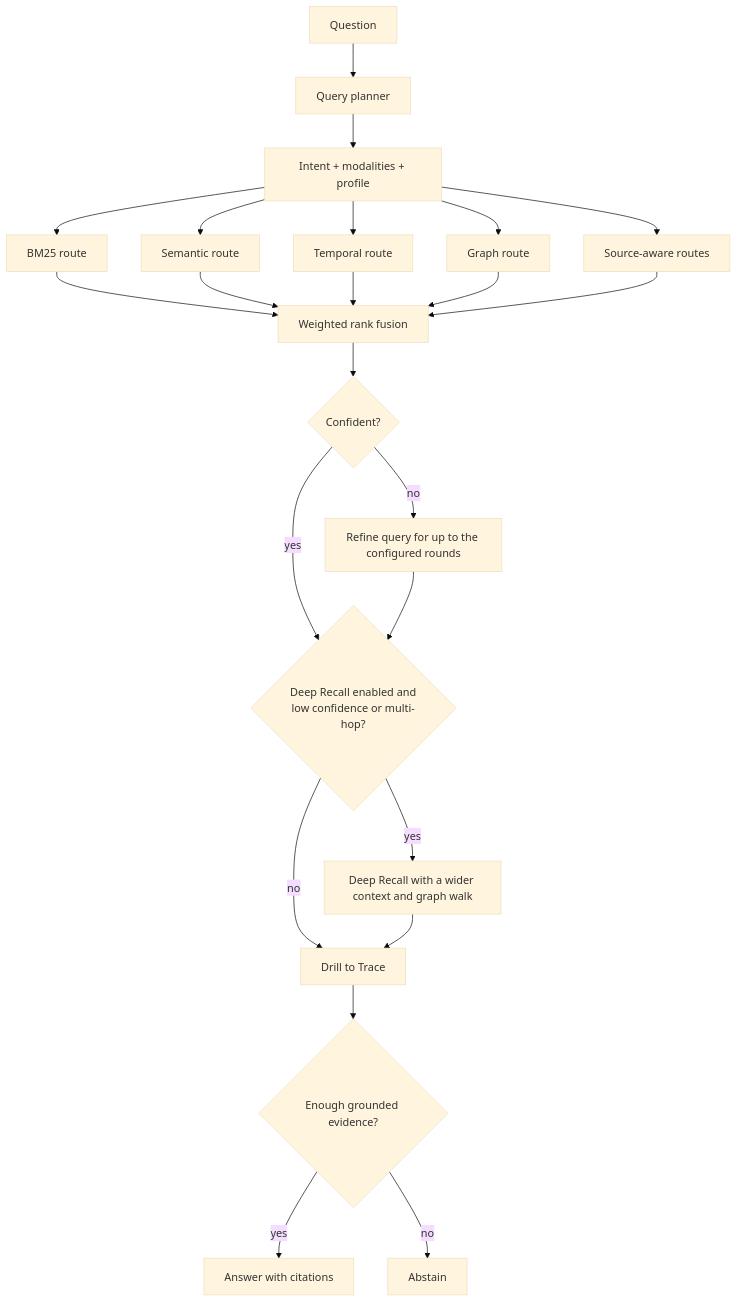
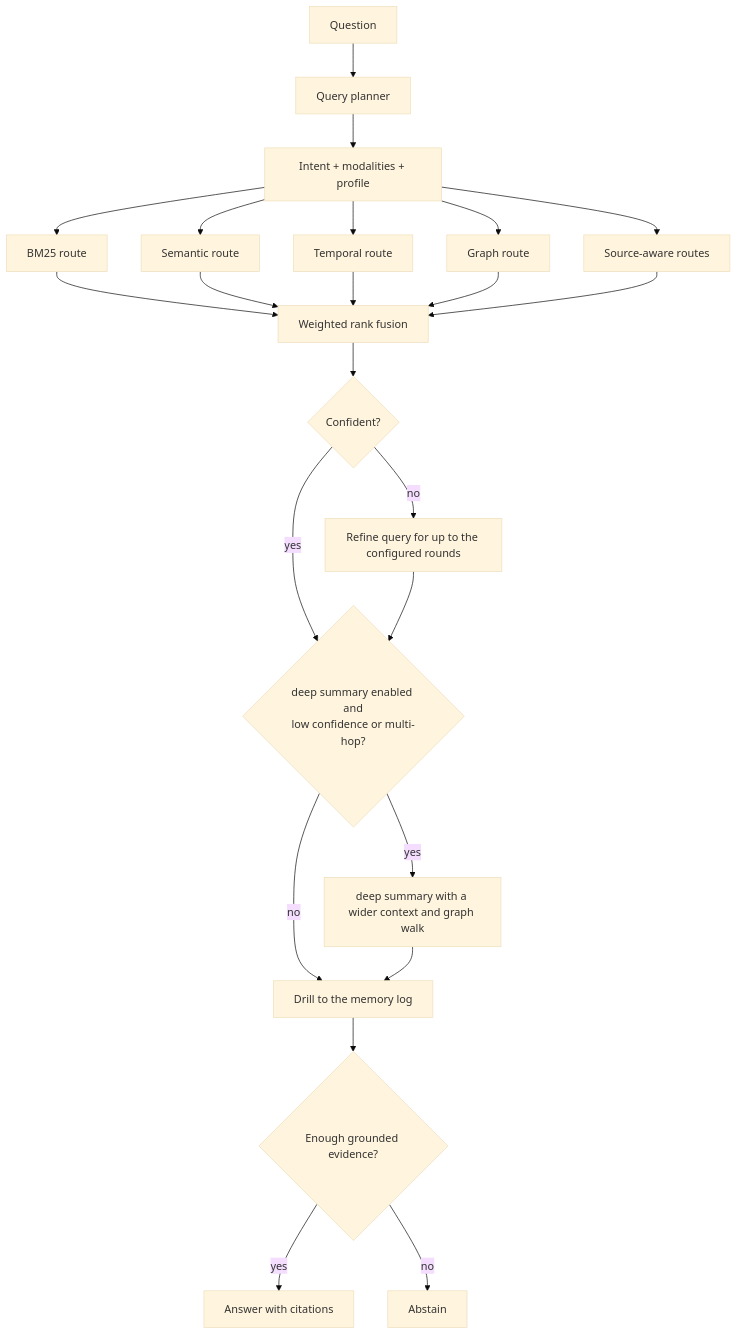
One commit to shanmukh05/trisynapse-memory changed the ninth of 13 diagrams in docs/architecture.md. Above: the diagram before and after it, drawn with Mermaid (base theme). The commit also changed other lines of this file and 67 other files, not shown here.

````diff
--- a/docs/architecture.md
+++ b/docs/architecture.md
@@ -450,25 +471,25 @@
 ```mermaid
 flowchart TD
     Q["Question"] --> P["Query planner"]
     P --> I["Intent + modalities + profile"]
     I --> B["BM25 route"]
     I --> S["Semantic route"]
     I --> T["Temporal route"]
     I --> GR["Graph route"]
     I --> M["Source-aware routes"]
     B --> F["Weighted rank fusion"]
     S --> F
     T --> F
     GR --> F
     M --> F
     F --> CF{"Confident?"}
     CF -->|"no"| R1["Refine query for up to the configured rounds"]
-    CF -->|"yes"| ESC{"Deep Recall enabled and\nlow confidence or multi-hop?"}
+    CF -->|"yes"| ESC{"deep summary enabled and\nlow confidence or multi-hop?"}
     R1 --> ESC
-    ESC -->|"yes"| DR["Deep Recall with a wider context and graph walk"]
-    ESC -->|"no"| D["Drill to Trace"]
+    ESC -->|"yes"| DR["deep summary with a wider context and graph walk"]
+    ESC -->|"no"| D["Drill to the memory log"]
     DR --> D
     D --> EG{"Enough grounded evidence?"}
     EG -->|"yes"| A["Answer with citations"]
     EG -->|"no"| X["Abstain"]
 ```
````
